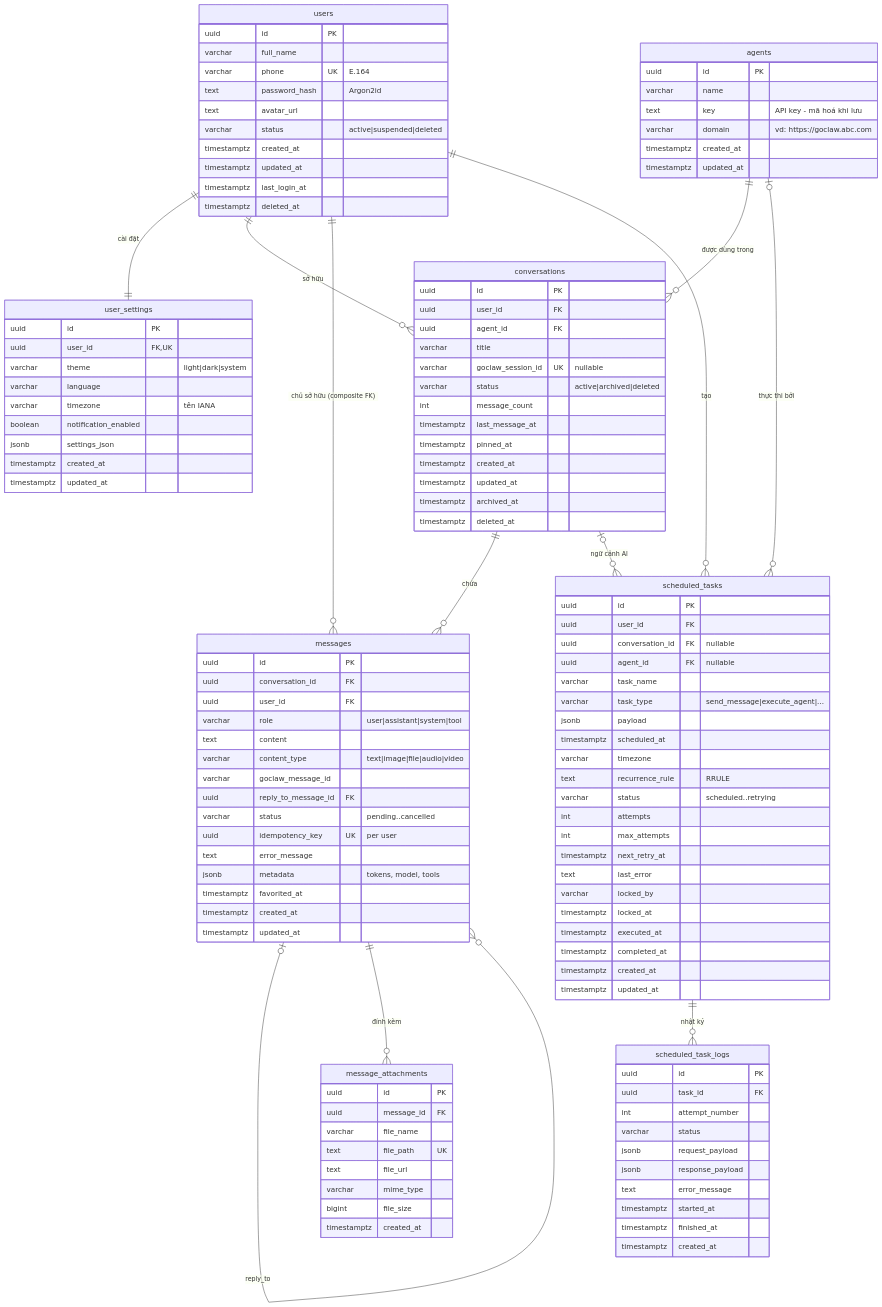
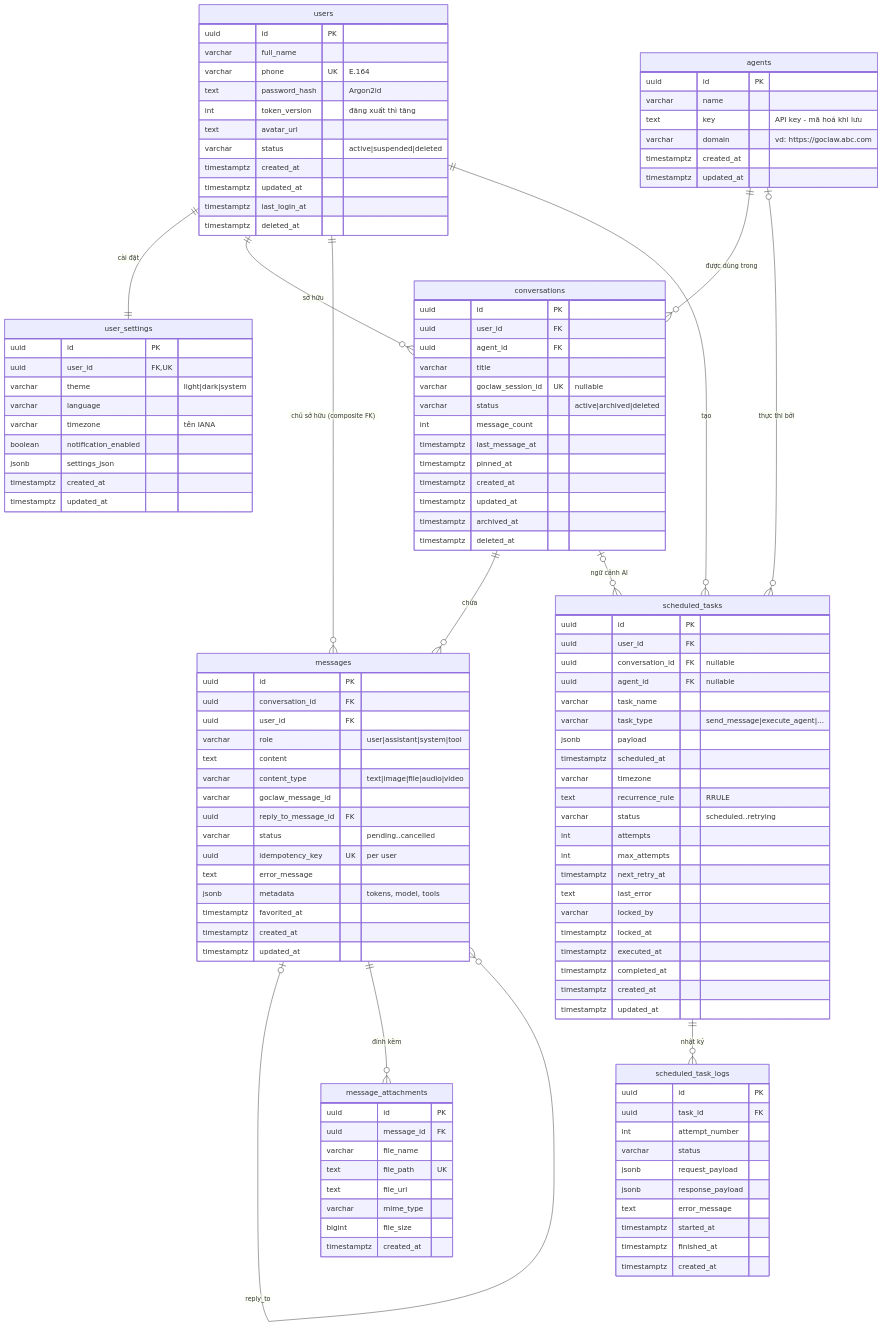
The diagram in docs/ERD.md (CongPhat189/editvideo-app), drawn with Mermaid before and after one commit. The commit also changed 11 other files, not shown here.

```diff
--- a/docs/ERD.md
+++ b/docs/ERD.md
@@ -22,6 +22,7 @@
         varchar full_name
         varchar phone UK "E.164"
         text password_hash "Argon2id"
+        int token_version "đăng xuất thì tăng"
         text avatar_url
         varchar status "active|suspended|deleted"
         timestamptz created_at
```
